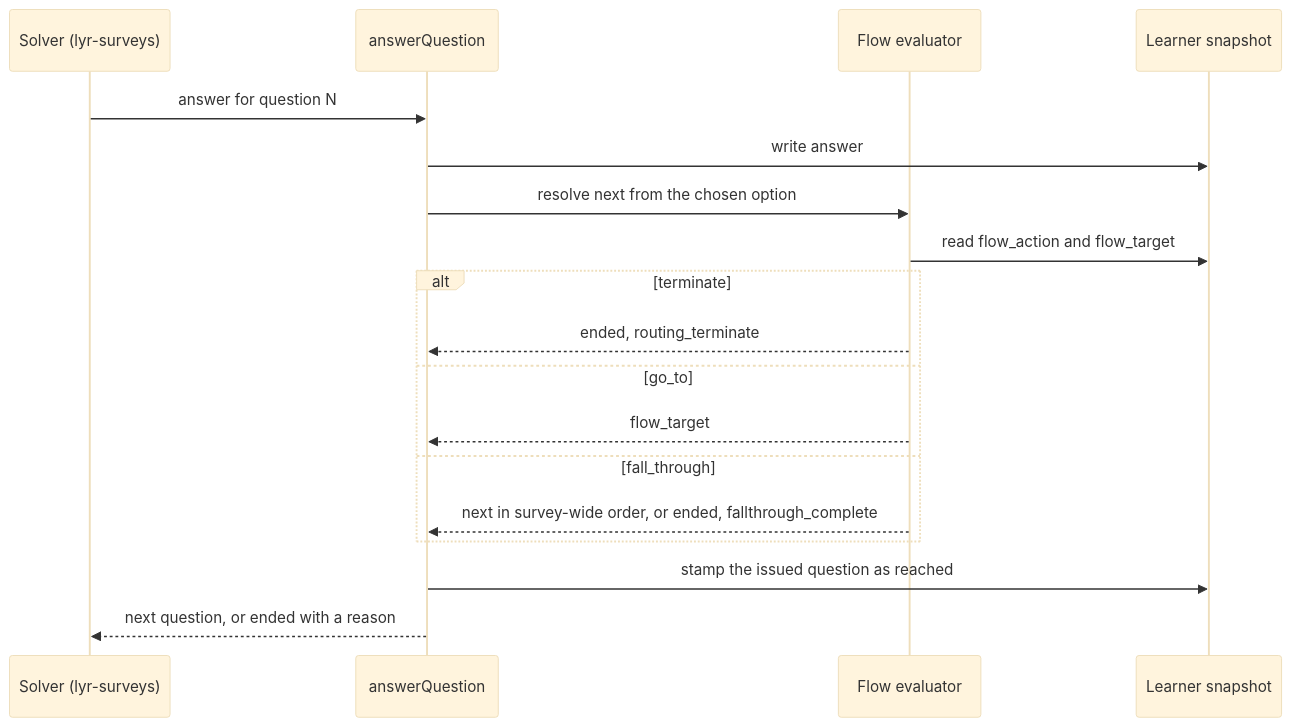
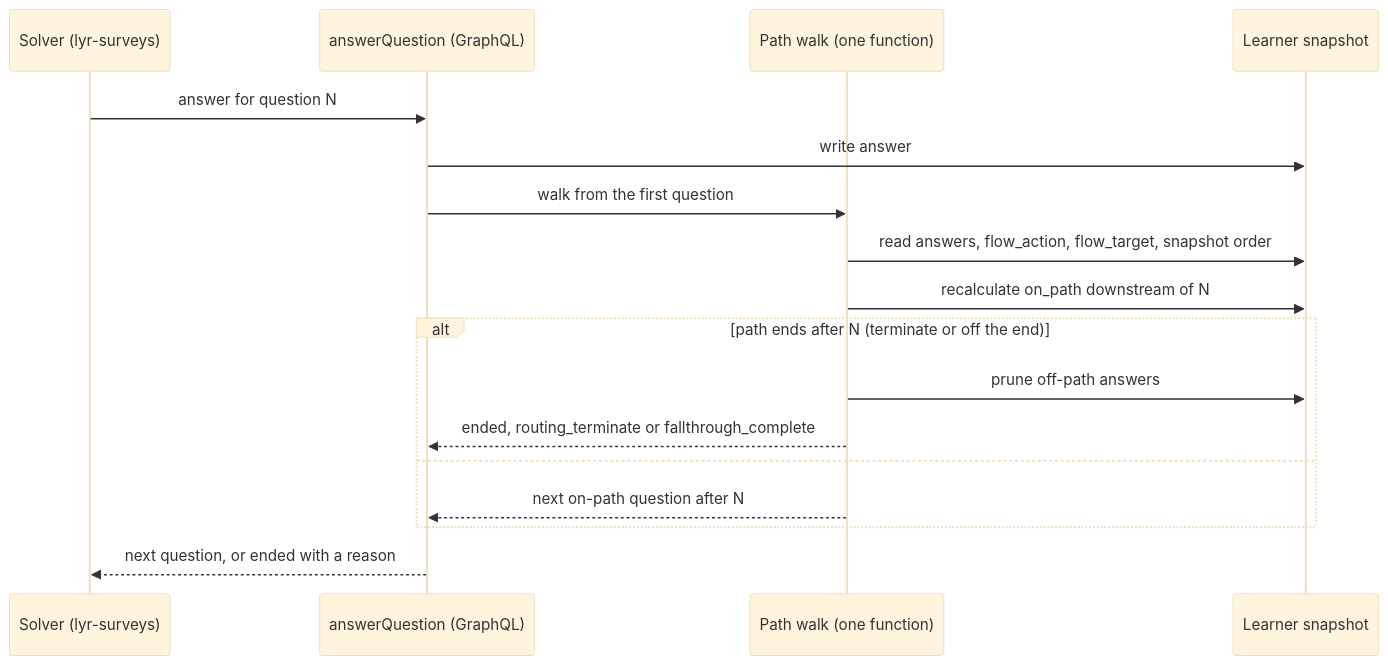
Before and after one commit to itqadem-apps/itq_forms: the third of 3 diagrams in ARCHITECTURE-SPINE.md, drawn with Mermaid (base theme). The commit also changed other lines of this file and 1 other file, not shown here.

````diff
--- a/ARCHITECTURE-SPINE.md
+++ b/ARCHITECTURE-SPINE.md
@@ -419,20 +491,19 @@
 ```mermaid
 sequenceDiagram
   participant S as Solver (lyr-surveys)
-  participant A as answerQuestion
-  participant E as Flow evaluator
+  participant A as answerQuestion (GraphQL)
+  participant W as Path walk (one function)
   participant D as Learner snapshot
   S->>A: answer for question N
   A->>D: write answer
-  A->>E: resolve next from the chosen option
-  E->>D: read flow_action and flow_target
-  alt terminate
-    E-->>A: ended, routing_terminate
-  else go_to
-    E-->>A: flow_target
-  else fall_through
-    E-->>A: next in survey-wide order, or ended, fallthrough_complete
+  A->>W: walk from the first question
+  W->>D: read answers, flow_action, flow_target, snapshot order
+  W->>D: recalculate on_path downstream of N
+  alt path ends after N (terminate or off the end)
+    W->>D: prune off-path answers
+    W-->>A: ended, routing_terminate or fallthrough_complete
+  else
+    W-->>A: next on-path question after N
   end
-  A->>D: stamp the issued question as reached
   A-->>S: next question, or ended with a reason
 ```
````
